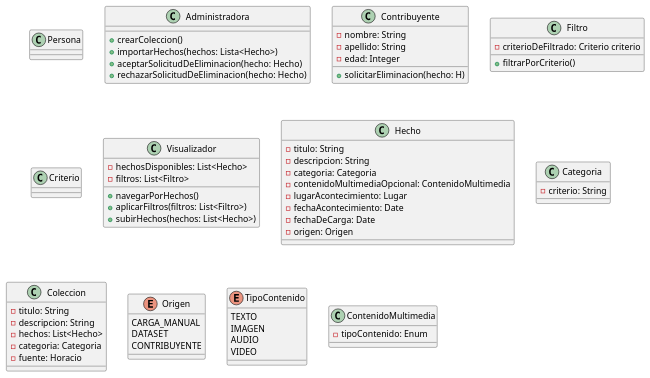
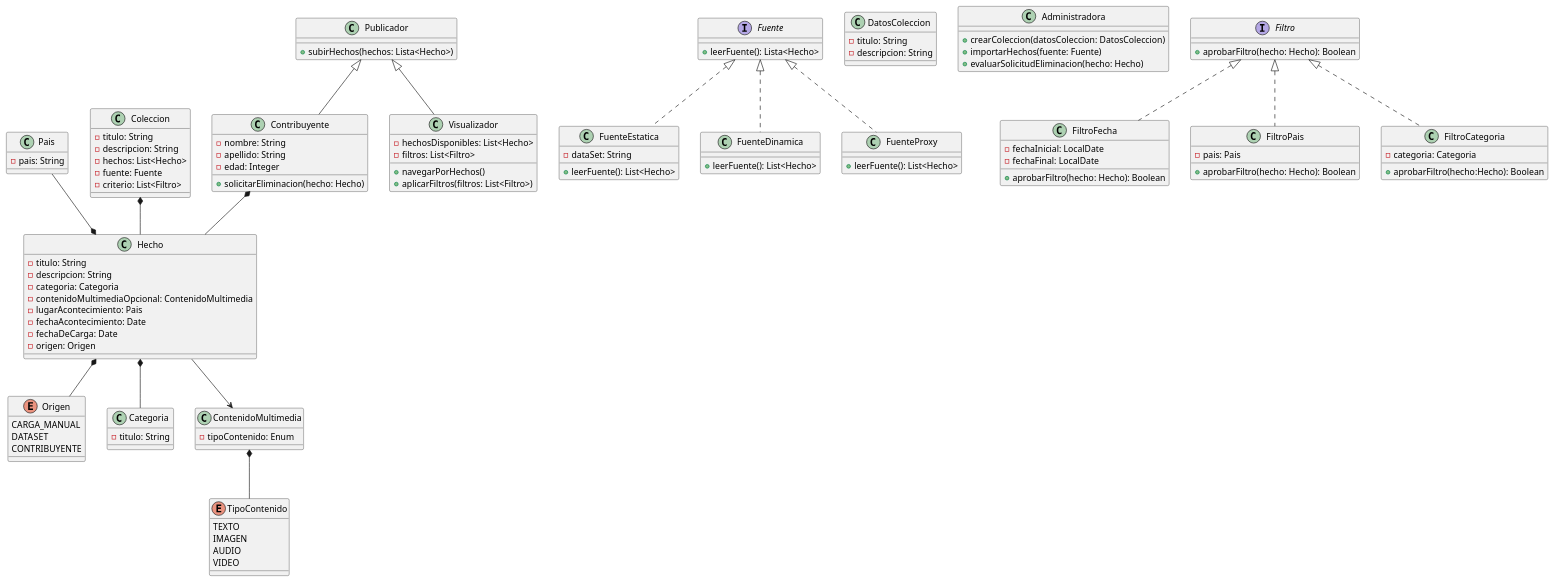
One commit to LuccaBertani/TP_DDSI changed the diagram in src/DiagramaClases.puml. Above: the diagram before and after it, drawn with PlantUML.

Commit message:
diagrama de clases

```diff
--- a/src/DiagramaClases.puml
+++ b/src/DiagramaClases.puml
@@ -1,91 +1,145 @@
 @startuml
-class Persona{
-
-}
-
-class Administradora {
-    +crearColeccion()
-    +importarHechos(hechos: Lista<Hecho>)
-    +aceptarSolicitudDeEliminacion(hecho: Hecho)
-    +rechazarSolicitudDeEliminacion(hecho: Hecho)
-    'aceptar y solicitar se podrian simplificar en un metodo evaluarSolicitudDeEliminacion(hecho)'
-    'la solicitud la manda el Contribuyente'
-}
-
-class Contribuyente {
-    -nombre: String
-    -apellido: String
-    -edad: Integer
-    +solicitarEliminacion(hecho: H)
-}
-
-
-class Filtro {
-    -criterioDeFiltrado: Criterio criterio
-    +filtrarPorCriterio()
-}
-
-
-'lista de hechos: Fuegos locos
-'[titulo, fecha]
-'Fuegos locos -> titulos
-'Fuegos locos filtrada por titulos -> fecha
-'Fuegos locos filtrada por titulo y fecha
-
-class Criterio {
-
-}
-
-class Visualizador {
-    -hechosDisponibles: List<Hecho>
-    -filtros: List<Filtro>
-    +navegarPorHechos()
-    +aplicarFiltros(filtros: List<Filtro>)
-    +subirHechos(hechos: List<Hecho>)
-}
 
 'DATO DE COLOR: Los hechos son los archivos .csv
 class Hecho {
     -titulo: String
     -descripcion: String
     -categoria: Categoria
     -contenidoMultimediaOpcional: ContenidoMultimedia
-    -lugarAcontecimiento: Lugar
+    -lugarAcontecimiento: Pais
     -fechaAcontecimiento: Date
     -fechaDeCarga: Date
     -origen: Origen
 }
 
-class Categoria {
-    -criterio: String
-}
-
-class Coleccion {
-    -titulo: String
-    -descripcion: String
-    -hechos: List<Hecho>
-    -categoria: Categoria
-    -fuente: Horacio
+class Pais {
+    -pais: String
 }
 
 enum Origen {
     CARGA_MANUAL
     DATASET
+    'DATASET -> csv
     CONTRIBUYENTE
 }
+
+' La clase Fuente es necesaria a futuro ya que después habrán fuentes dinamicas y proxys
+interface Fuente {
+    +leerFuente(): Lista<Hecho>
+}
+
+class FuenteEstatica implements Fuente {
+    ' dataSet sería el nombre del archivo csv
+    -dataSet: String
+    +leerFuente(): List<Hecho>
+}
+
+class FuenteDinamica implements Fuente {
+    +leerFuente(): List<Hecho>
+}
+
+class FuenteProxy implements Fuente{
+    +leerFuente(): List<Hecho>
+}
+class Coleccion {
+    -titulo: String
+    -descripcion: String
+    -hechos: List<Hecho>
+    -fuente: Fuente
+    -criterio: List<Filtro>
+}
+
+' Clase para evitar parámetros largos a futuro
+class DatosColeccion {
+    -titulo: String
+    -descripcion: String
+}
+
+class Administradora {
+    +crearColeccion(datosColeccion: DatosColeccion)
+    +importarHechos(fuente: Fuente)
+    +evaluarSolicitudEliminacion(hecho: Hecho)
+    '+etiquetarHecho(hecho: Hecho) etiqueta no sería el conjunto de filtros¿
+    ' Se puede etiquetar al hecho si fue cargado por contribuyente
+}
+
+' Los publicadores pueden ser tanto el contribuyente como el visualizador
+class Publicador {
+    +subirHechos(hechos: Lista<Hecho>)
+    ' En el caso del contribuyente, va a poder subir con sus datos personales
+}
+
+
+class Contribuyente extends Publicador{
+    -nombre: String
+    -apellido: String
+    -edad: Integer
+    +solicitarEliminacion(hecho: Hecho)
+}
+
+class Visualizador extends Publicador{
+    -hechosDisponibles: List<Hecho>
+    -filtros: List<Filtro>
+    +navegarPorHechos()
+    +aplicarFiltros(filtros: List<Filtro>)
+}
+
+Interface Filtro {
+    +aprobarFiltro(hecho: Hecho): Boolean
+}
+
+class FiltroFecha implements Filtro{
+    -fechaInicial: LocalDate
+    -fechaFinal: LocalDate
+    +aprobarFiltro(hecho: Hecho): Boolean
+}
+'Pais puede ser una clase o enum
+class FiltroPais implements Filtro{
+    -pais: Pais
+    +aprobarFiltro(hecho: Hecho): Boolean
+}
+'el titulo puede ser una clase o enum
+class FiltroCategoria implements Filtro{
+    -categoria: Categoria
+    +aprobarFiltro(hecho:Hecho): Boolean
+}
+
+class Categoria{
+    -titulo: String
+}
+
+'lista de hechos: Fuegos locos
+'[titulo, fecha]
+'Fuegos locos -> titulos
+'Fuegos locos filtrada por titulos -> fecha
+'Fuegos locos filtrada por titulo y fecha
 
 enum TipoContenido {
     TEXTO
     IMAGEN
     AUDIO
     VIDEO
 }
 
 class ContenidoMultimedia {
     -tipoContenido: Enum
 
 }
-
 ' -tipo: tipoDeHecho
 
+' Una coleccion está compuesta por hechos
+Coleccion *-- Hecho
+' Un contribuyente sí o sí debe tener hechos asociados, sino no es un contribuyente
+Contribuyente *-- Hecho
+
+Pais --* Hecho
+
+Hecho --> ContenidoMultimedia
+
+ContenidoMultimedia *-- TipoContenido
+
+Hecho *-- Categoria
+
+Hecho *-- Origen
+
 @enduml
```
